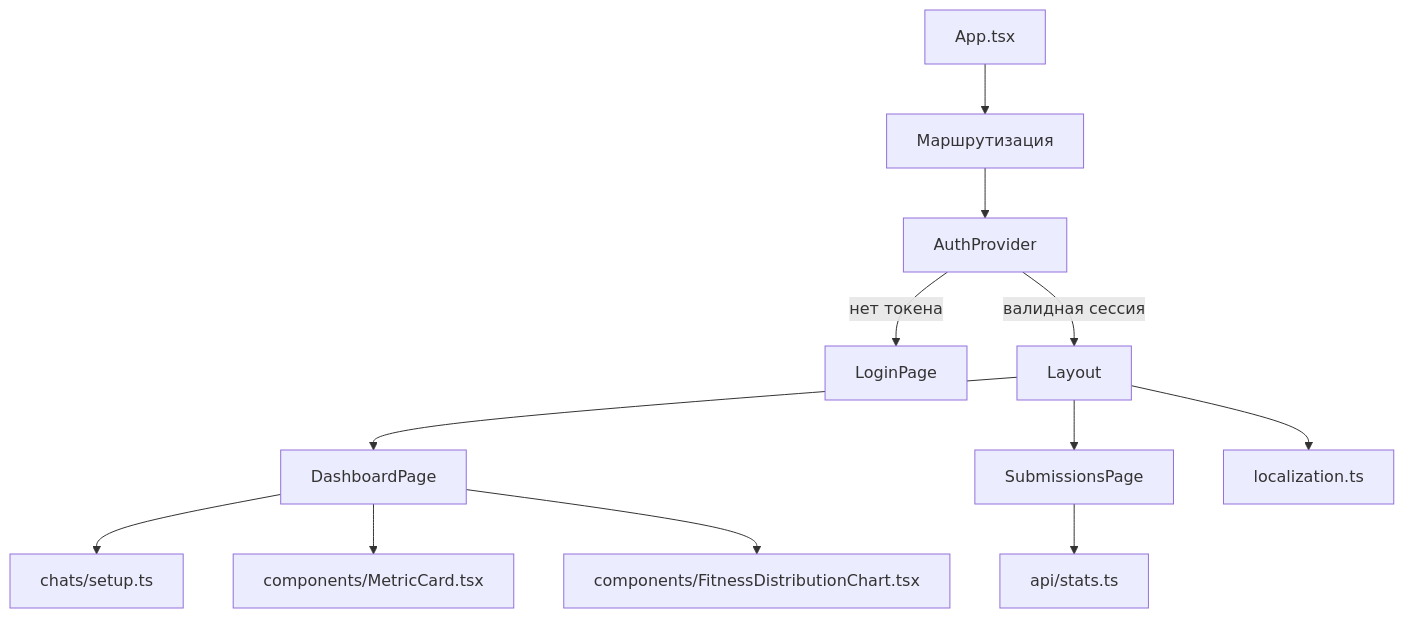
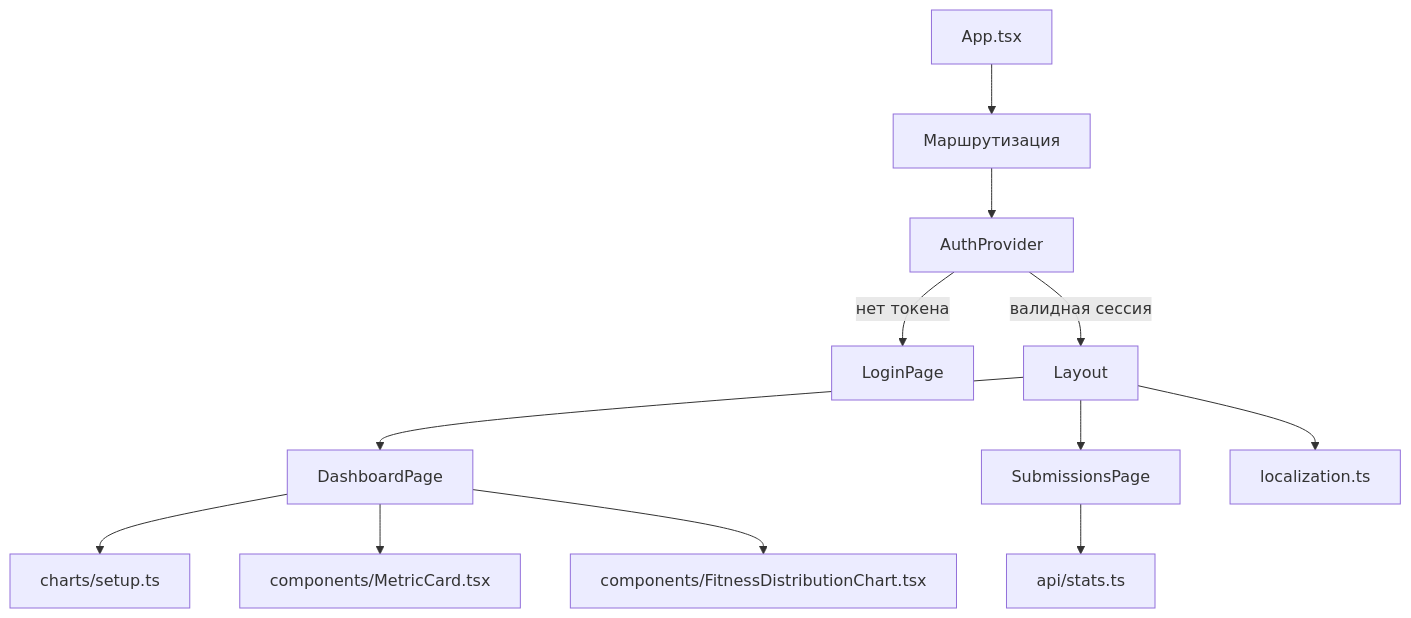
One commit to kotru21/bsuir changed the second of 7 diagrams in README.md. Above: the diagram before and after it, drawn with Mermaid. The commit also changed other lines of this file, not shown here.

````diff
--- a/README.md
+++ b/README.md
@@ -93,14 +93,14 @@
 ```mermaid
 flowchart TD
-   App[App.tsx] --> Router[Маршрутизация]
-   Router --> AuthGuard[AuthProvider]
-   AuthGuard -->|нет токена| Login[LoginPage]
-   AuthGuard -->|валидная сессия| Layout[Layout]
-   Layout --> Dashboard[DashboardPage]
-   Layout --> Submissions[SubmissionsPage]
-   Dashboard --> ChartsSetup[chats/setup.ts]
-   Dashboard --> Metrics[components/MetricCard.tsx]
-   Dashboard --> DistCharts[components/FitnessDistributionChart.tsx]
-   Submissions --> TableQuery[api/stats.ts]
-   Layout --> Locale[localization.ts]
+   App["App.tsx"] --> Router["Маршрутизация"]
+   Router --> AuthGuard["AuthProvider"]
+   AuthGuard -->|нет токена| Login["LoginPage"]
+   AuthGuard -->|валидная сессия| Layout["Layout"]
+   Layout --> Dashboard["DashboardPage"]
+   Layout --> Submissions["SubmissionsPage"]
+   Dashboard --> ChartsSetup["charts/setup.ts"]
+   Dashboard --> Metrics["components/MetricCard.tsx"]
+   Dashboard --> DistCharts["components/FitnessDistributionChart.tsx"]
+   Submissions --> TableQuery["api/stats.ts"]
+   Layout --> Locale["localization.ts"]
 ```
````
